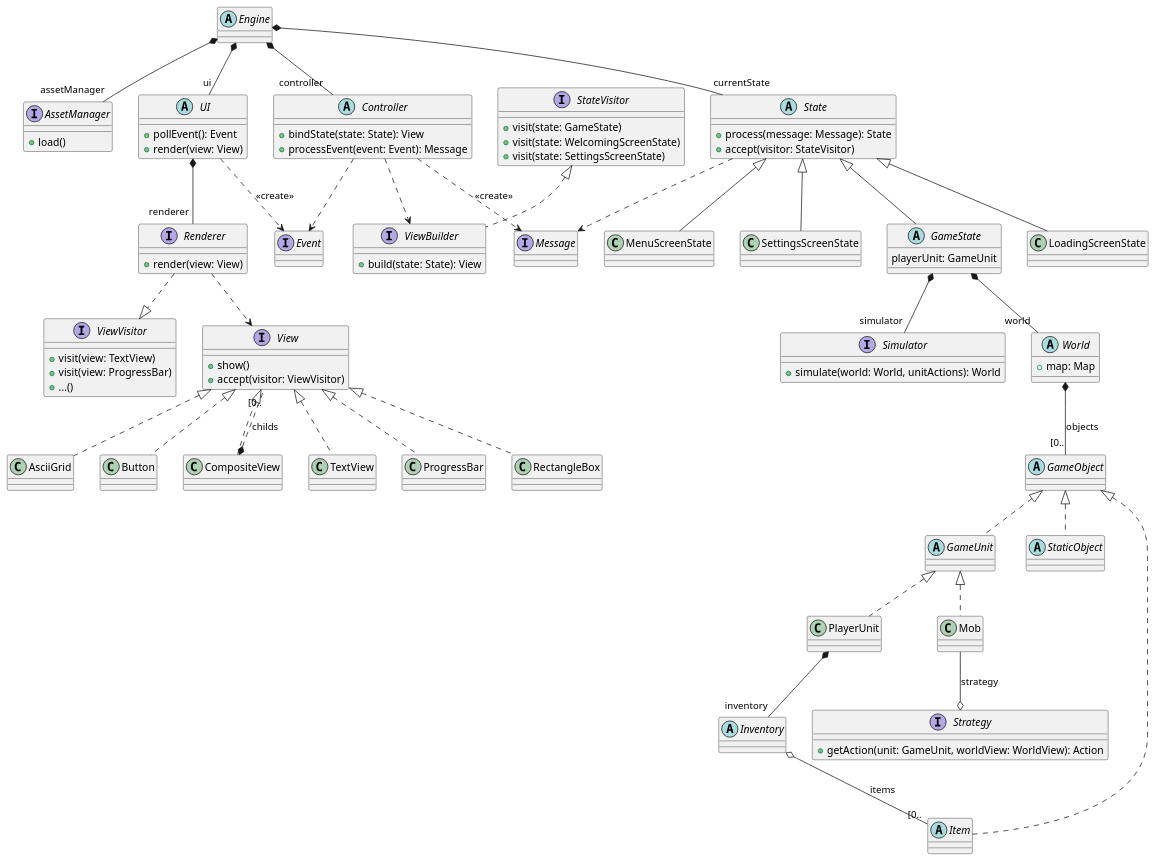
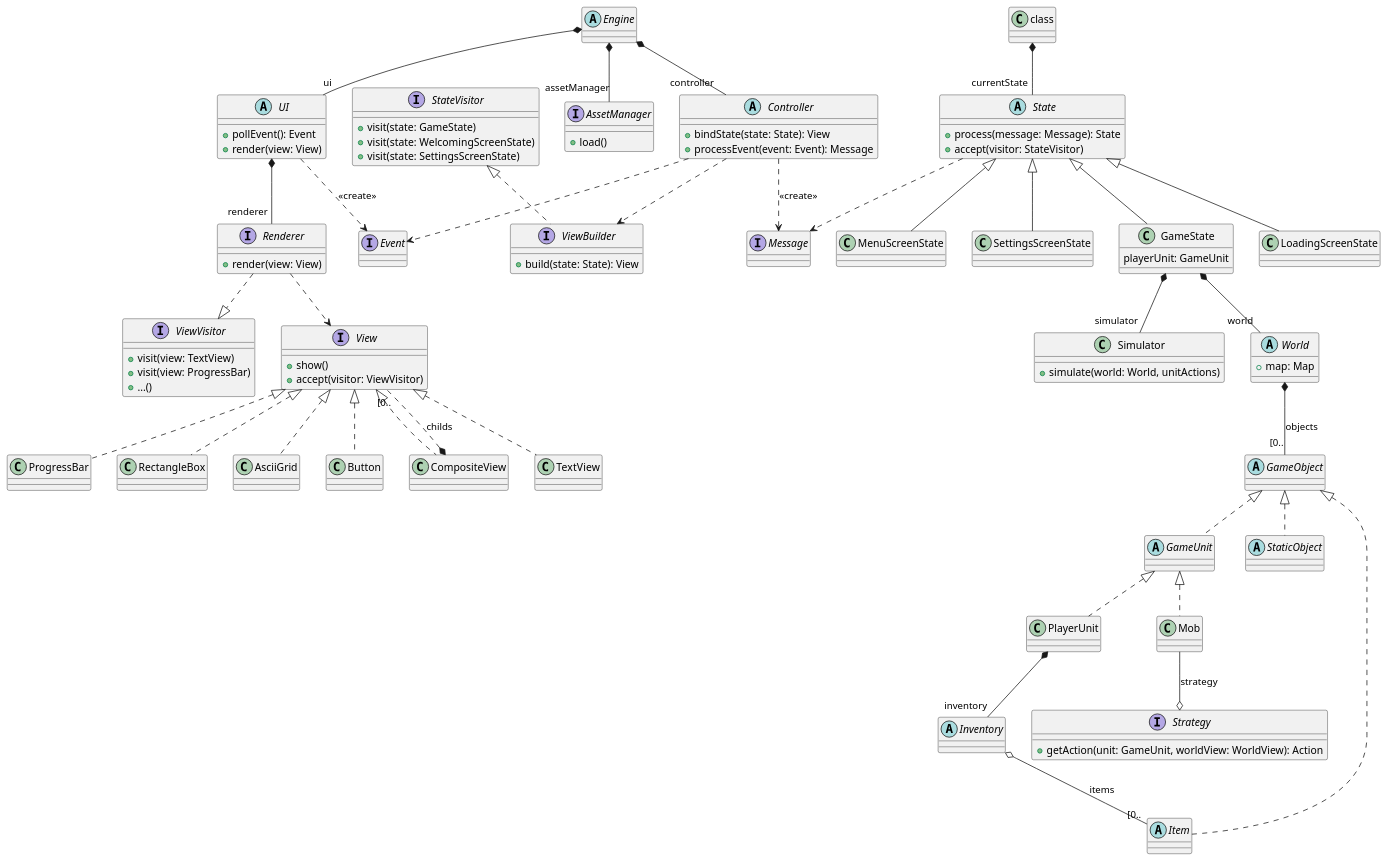
The diagram in docs/data/roguelike-class-diagram.puml (Lana243/roguelike), drawn with PlantUML before and after one commit. The commit also changed 9 other files, not shown here.

```diff
--- a/docs/data/roguelike-class-diagram.puml
+++ b/docs/data/roguelike-class-diagram.puml
@@ -1,165 +1,165 @@
 @startuml
 'https://plantuml.com/class-diagram
 
 abstract class Engine
 
 interface AssetManager {
     + load()
 }
 
 abstract class UI {
     + pollEvent(): Event
     + render(view: View)
 }
 
 abstract class Controller {
     + bindState(state: State): View
     + processEvent(event: Event): Message
 }
 
 Engine *-- "controller" Controller
 Engine *-- "assetManager" AssetManager
 Engine *-- "ui" UI
 
-interface Simulator {
-    + simulate(world: World, unitActions): World
+class Simulator {
+    + simulate(world: World, unitActions)
 }
 
 interface Strategy {
     + getAction(unit: GameUnit, worldView: WorldView): Action
 }
 
 abstract class World {
     + map: Map
 }
 
 abstract class GameObject
 
 abstract class GameUnit
 
 class Mob
 
 GameUnit <|.. Mob
 GameUnit <|.. PlayerUnit
 
 Mob --o Strategy : "strategy"
 
 abstract class StaticObject
 
 abstract class Item
 
 abstract class Inventory
 
 Inventory o-- "[0.." Item : "items"
 
 PlayerUnit *-- "inventory" Inventory
 
 GameObject <|.. GameUnit
 GameObject <|.. StaticObject
 GameObject <|.. Item
 
 interface Message
 
 Controller ..> Message : "<<create>>"
 State ..> Message
 
 
 interface Event
 
 Controller ..> Event
 UI ..> Event : "<<create>>"
 
 
 
 
 abstract class Controller
 
 Controller ..> ViewBuilder
 
 abstract class State {
     + process(message: Message): State
     + accept(visitor: StateVisitor)
 }
 
 class MenuScreenState
 
 class SettingsScreenState
 
-abstract class GameState {
+class GameState {
     playerUnit: GameUnit
 }
 
 class LoadingScreenState
 
 interface StateVisitor {
     + visit(state: GameState)
     + visit(state: WelcomingScreenState)
     + visit(state: SettingsScreenState)
 }
 
 
 GameState *-- "world" World
 GameState *-- "simulator" Simulator
 
 interface ViewBuilder {
     + build(state: State): View
 }
 
 
 StateVisitor <|.. ViewBuilder
 
 interface Renderer {
     + render(view: View)
 }
 
 interface ViewVisitor {
     + visit(view: TextView)
     + visit(view: ProgressBar)
     + ...()
 }
 
 interface View {
     + show()
     + accept(visitor: ViewVisitor)
 }
 
 class TextView
 
 class ProgressBar
 
 class RectangleBox
 
 class AsciiGrid
 
 class Button
 
 class CompositeView
 
 interface ViewBuilder
 
-Engine *-- "currentState" State
+class *-- "currentState" State
 
 State <|-- MenuScreenState
 State <|-- SettingsScreenState
 State <|-- GameState
 State <|-- LoadingScreenState
 
 View <|.. TextView
 View <|.. ProgressBar
 View <|.. RectangleBox
 View <|.. AsciiGrid
 View <|.. Button
 View <|.. CompositeView
 
 
 CompositeView *.. "[0.." View : "childs"
 
 Renderer ..|> ViewVisitor
 Renderer ..> View
 
 UI *-- "renderer" Renderer
 
 World *-- "[0.." GameObject : "objects"
 
 
 @enduml
```
